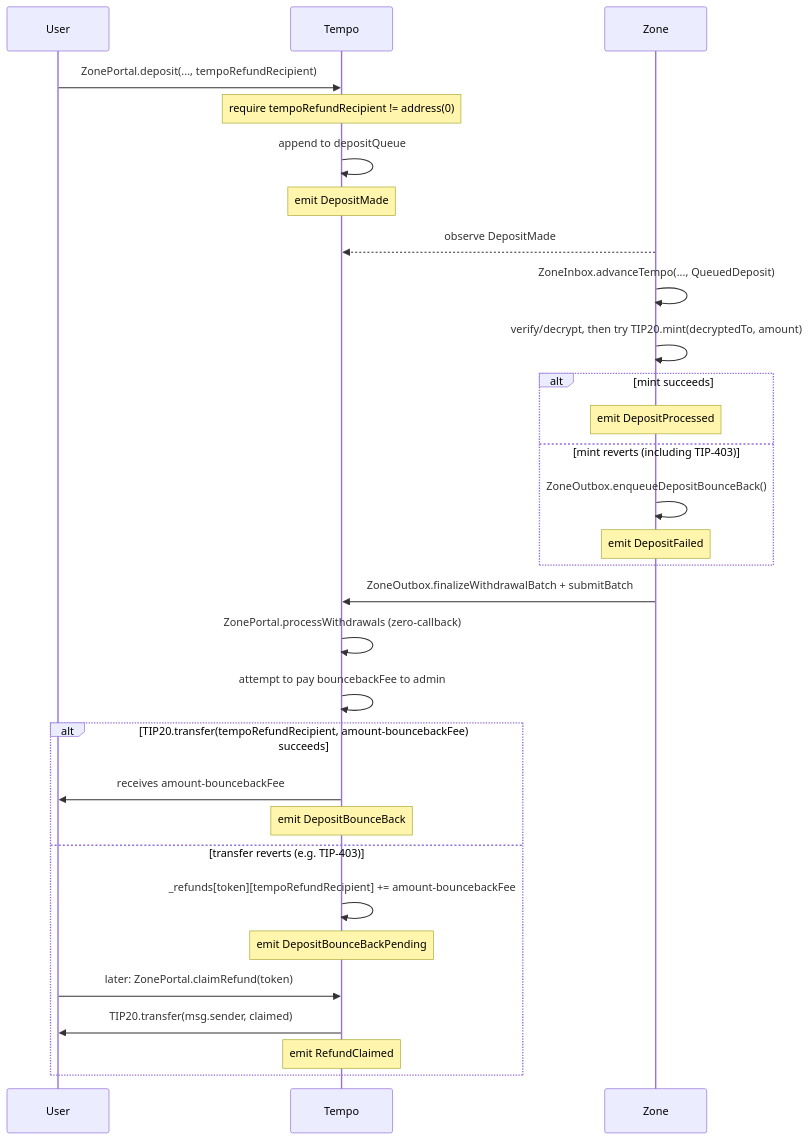
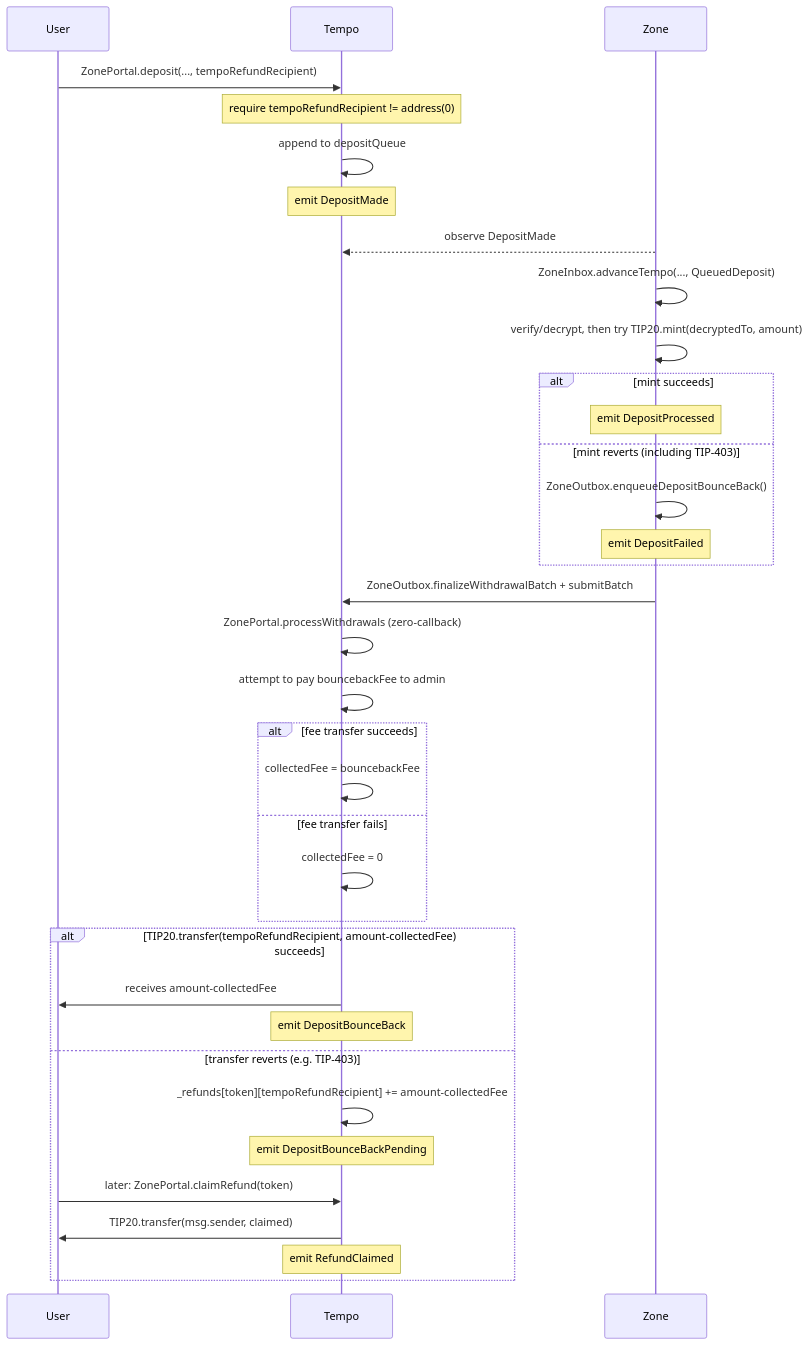
One commit to Dustin4444/zones changed the third of 5 diagrams in specs/spec.md. Above: the diagram before and after it, drawn with Mermaid. The commit also changed other lines of this file and 2 other files, not shown here.

Commit message:
fix(portal): preserve failed bounceback fees (#1022)
ref: `ZONE-317`

## Summary
- Count the bounce-back fee only when the admin transfer succeeds.
- Refund or park the full amount when the fee transfer fails.
- Emit the actual collected fee and document the accounting semantics.
- Add regression coverage for failed fee and refund transfers.

## Validation
- `forge fmt --check`
- `git diff --check`
- `forge test --match-path test/tempo/ZonePortalGasLimit.t.sol`
*(blocked: GitHub rejected missing forge-std and tempo-std submodule
downloads with invalid credentials)*

Prompted by: @0xrusowsky

````diff
--- a/specs/spec.md
+++ b/specs/spec.md
@@ -528,33 +528,38 @@
 ```mermaid
 sequenceDiagram
     participant U as User
     participant T as Tempo
     participant Z as Zone
 
     U->>T: ZonePortal.deposit(..., tempoRefundRecipient)
     Note over T: require tempoRefundRecipient != address(0)
     T->>T: append to depositQueue
     Note over T: emit DepositMade
     Z-->>T: observe DepositMade
     Z->>Z: ZoneInbox.advanceTempo(..., QueuedDeposit)
     Z->>Z: verify/decrypt, then try TIP20.mint(decryptedTo, amount)
     alt mint succeeds
         Note over Z: emit DepositProcessed
     else mint reverts (including TIP-403)
         Z->>Z: ZoneOutbox.enqueueDepositBounceBack()
         Note over Z: emit DepositFailed
     end
     Z->>T: ZoneOutbox.finalizeWithdrawalBatch + submitBatch
     T->>T: ZonePortal.processWithdrawals (zero-callback)
     T->>T: attempt to pay bouncebackFee to admin
-    alt TIP20.transfer(tempoRefundRecipient, amount-bouncebackFee) succeeds
-        T->>U: receives amount-bouncebackFee
+    alt fee transfer succeeds
+        T->>T: collectedFee = bouncebackFee
+    else fee transfer fails
+        T->>T: collectedFee = 0
+    end
+    alt TIP20.transfer(tempoRefundRecipient, amount-collectedFee) succeeds
+        T->>U: receives amount-collectedFee
         Note over T: emit DepositBounceBack
     else transfer reverts (e.g. TIP-403)
-        T->>T: _refunds[token][tempoRefundRecipient] += amount-bouncebackFee
+        T->>T: _refunds[token][tempoRefundRecipient] += amount-collectedFee
         Note over T: emit DepositBounceBackPending
         U->>T: later: ZonePortal.claimRefund(token)
         T->>U: TIP20.transfer(msg.sender, claimed)
         Note over T: emit RefundClaimed
     end
 ```
````
